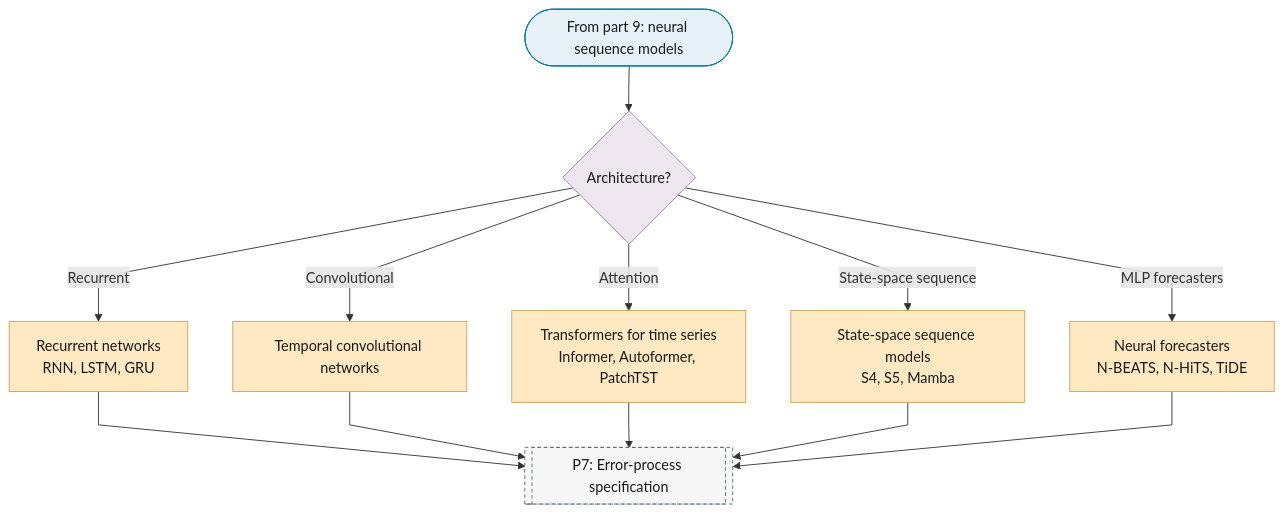
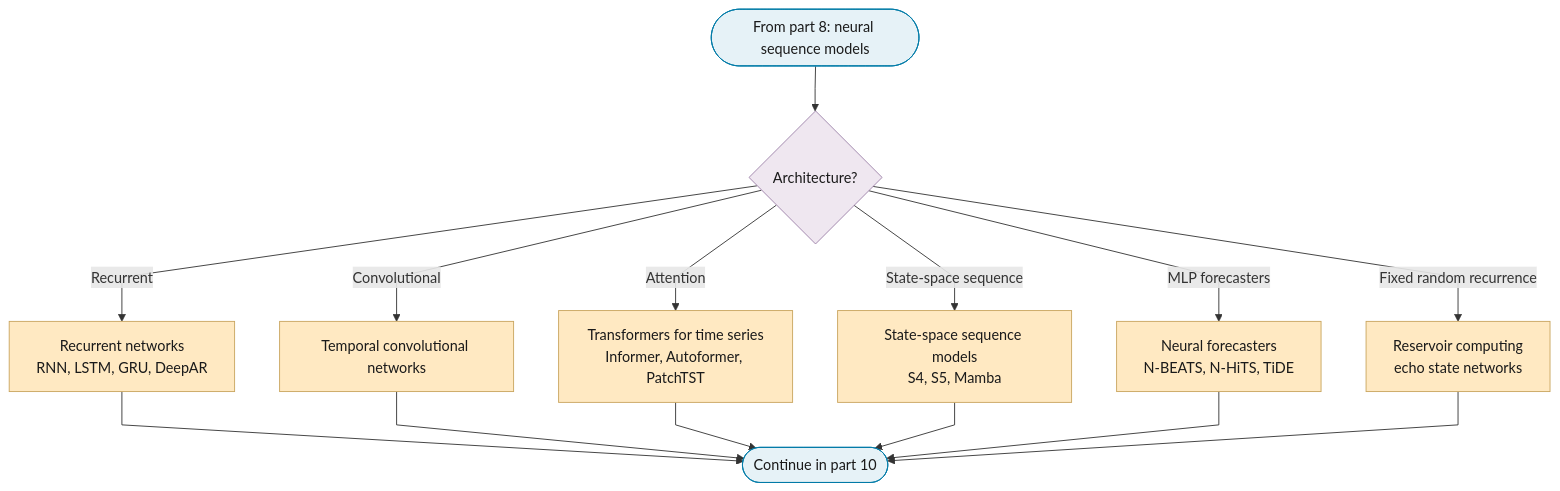
The ninth of 10 diagrams in docs/01-workflow/p06-mean-model-class.md (Shuxin-Y/time-series-analysis-manual), drawn with Mermaid before and after one commit. The commit also changed other lines of this file and 7 other files, not shown here.

````diff
--- a/docs/01-workflow/p06-mean-model-class.md
+++ b/docs/01-workflow/p06-mean-model-class.md
@@ -279,23 +249,23 @@
 ```mermaid
 %%{init: {"flowchart": {"curve": "linear"}}}%%
 graph TD
-    P6_PART_10_IN(["From part 9: neural sequence models"]) --> P6_ML_NEURAL{"Architecture?"}
-    P6_ML_NEURAL -->|"Recurrent"| P6_RNN["Recurrent networks<br/>RNN, LSTM, GRU"]
+    P6_PART_9_IN(["From part 8: neural sequence models"]) --> P6_ML_NEURAL{"Architecture?"}
+    P6_ML_NEURAL -->|"Recurrent"| P6_RNN["Recurrent networks<br/>RNN, LSTM, GRU, DeepAR"]
     P6_ML_NEURAL -->|"Convolutional"| P6_TCN["Temporal convolutional networks"]
     P6_ML_NEURAL -->|"Attention"| P6_TRANSFORMERS["Transformers for time series<br/>Informer, Autoformer, PatchTST"]
     P6_ML_NEURAL -->|"State-space sequence"| P6_SSM_SEQUENCE["State-space sequence models<br/>S4, S5, Mamba"]
     P6_ML_NEURAL -->|"MLP forecasters"| P6_NEURAL_FORECASTERS["Neural forecasters<br/>N-BEATS, N-HiTS, TiDE"]
-    P6_RNN & P6_TCN & P6_TRANSFORMERS & P6_SSM_SEQUENCE & P6_NEURAL_FORECASTERS --> P7[["P7: Error-process specification"]]
-    class P6_RNN,P6_TCN,P6_TRANSFORMERS,P6_SSM_SEQUENCE,P6_NEURAL_FORECASTERS escalate
-    class P6_PART_10_IN terminator
+    P6_ML_NEURAL -->|"Fixed random recurrence"| P6_RESERVOIR["Reservoir computing<br/>echo state networks"]
+    P6_RNN & P6_TCN & P6_TRANSFORMERS & P6_SSM_SEQUENCE & P6_NEURAL_FORECASTERS & P6_RESERVOIR --> P6_PART_9_OUT(["Continue in part 10"])
+    class P6_RNN,P6_TCN,P6_TRANSFORMERS,P6_SSM_SEQUENCE,P6_NEURAL_FORECASTERS,P6_RESERVOIR escalate
+    class P6_PART_9_IN,P6_PART_9_OUT terminator
     class P6_ML_NEURAL decision
-    class P7 ref
     classDef terminator fill:#E6F2F7,stroke:#007BA7,color:#1A1A1A;
     classDef process fill:#FFFFFF,stroke:#5A6B73,color:#1A1A1A;
     classDef decision fill:#EFE7F0,stroke:#9B7FA7,color:#1A1A1A;
     classDef data fill:#FFF4E0,stroke:#C9A55E,color:#1A1A1A;
     classDef good fill:#DCEFD8,stroke:#4A7A3F,color:#1A1A1A;
     classDef escalate fill:#FFE9C2,stroke:#C9A55E,color:#1A1A1A;
     classDef problem fill:#F2D9DE,stroke:#800020,color:#1A1A1A;
     classDef ref fill:#F7F7F7,stroke:#5A6B73,color:#1A1A1A,stroke-dasharray:4 3;
 ```
````
